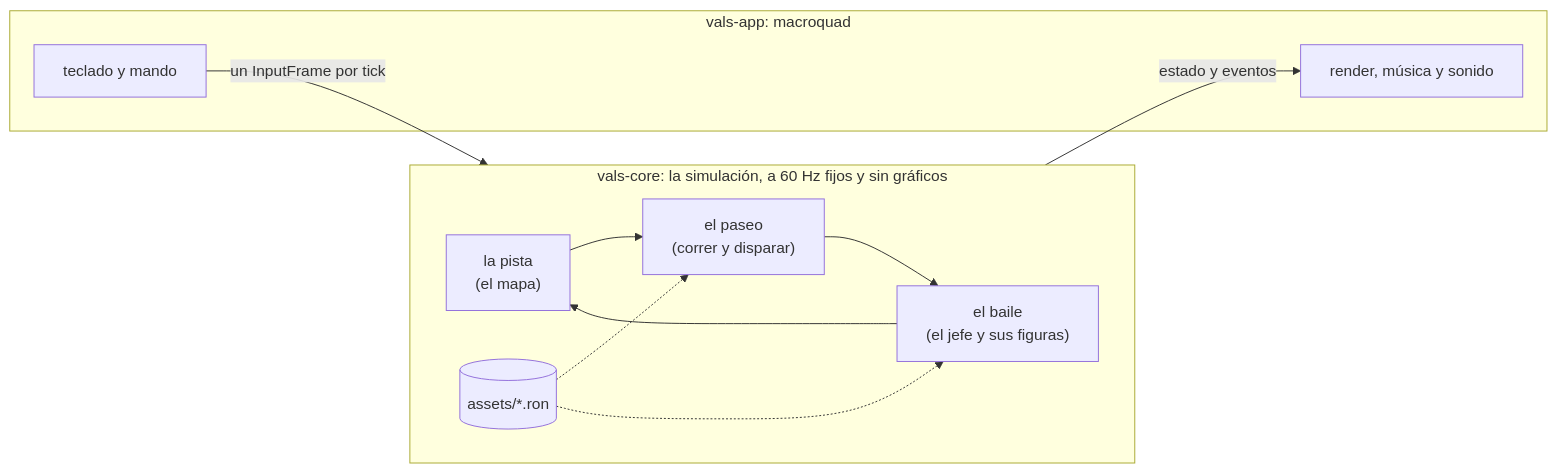
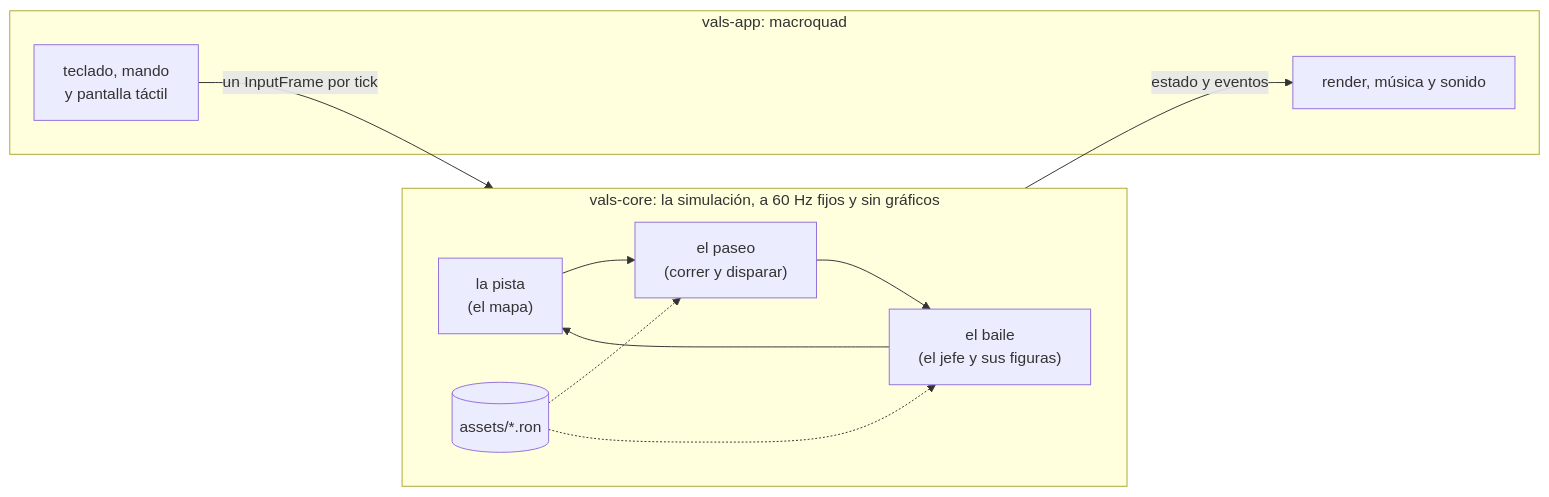
The diagram in README.md (diegocj30/vals), drawn with Mermaid before and after one commit. The commit also changed other lines of this file and 12 other files, not shown here.

````diff
--- a/README.md
+++ b/README.md
@@ -102,15 +151,15 @@
 ```mermaid
 flowchart LR
     subgraph core["vals-core: la simulación, a 60 Hz fijos y sin gráficos"]
         direction LR
         mapa["la pista<br/>(el mapa)"] --> paseo["el paseo<br/>(correr y disparar)"] --> baile["el baile<br/>(el jefe y sus figuras)"] --> mapa
         ron[("assets/*.ron")] -.-> paseo
         ron -.-> baile
     end
     subgraph app["vals-app: macroquad"]
-        input["teclado y mando"]
+        input["teclado, mando<br/>y pantalla táctil"]
         salida["render, música y sonido"]
     end
     input -- "un InputFrame por tick" --> core
     core -- "estado y eventos" --> salida
 ```
````
